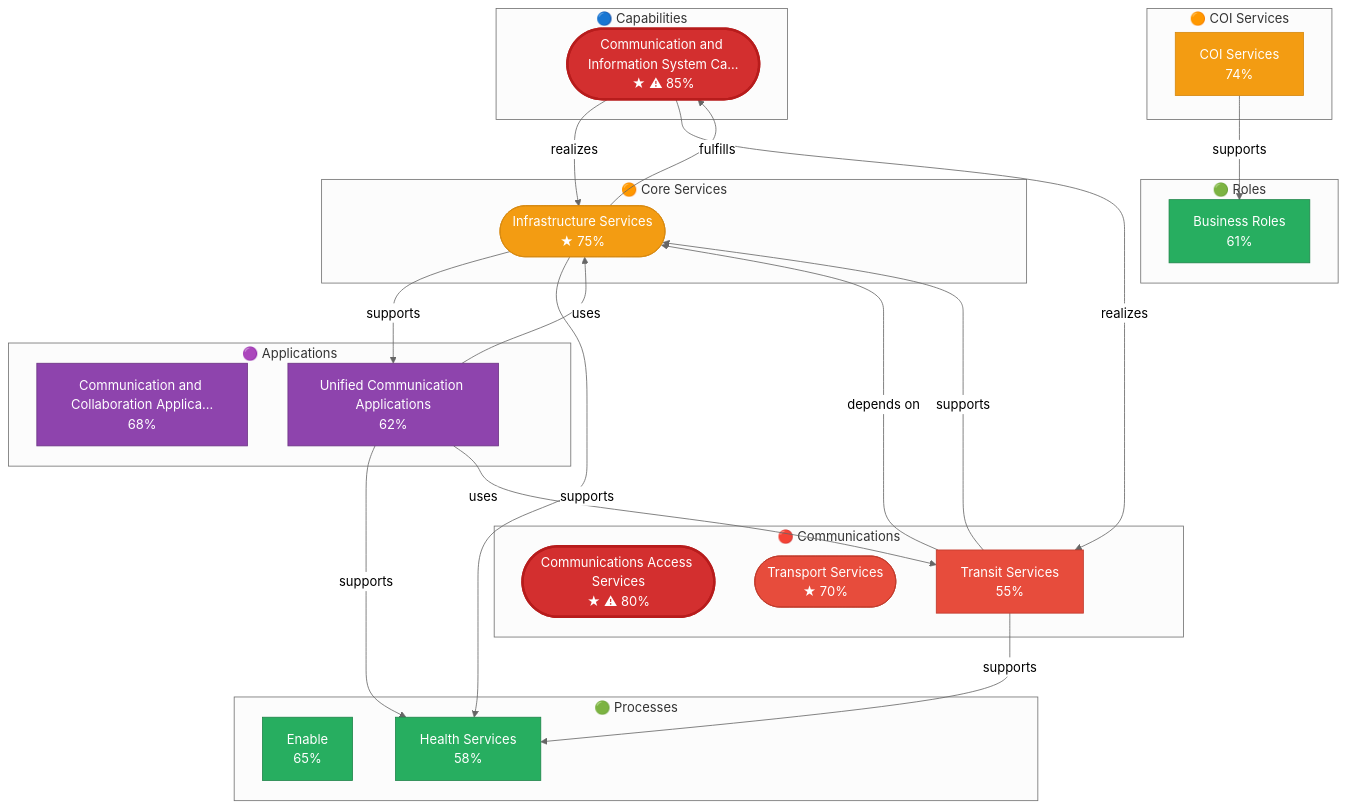
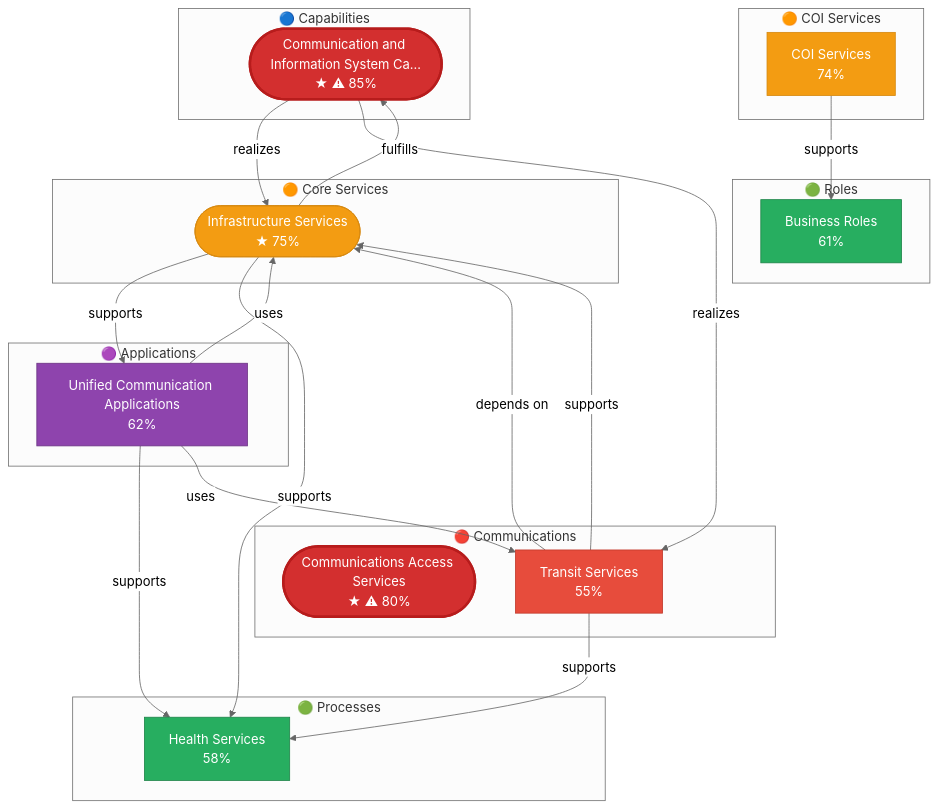
One commit to carstenartur/Taxonomy changed the second of 2 diagrams in README.md. Above: the diagram before and after it, drawn with Mermaid (neutral theme). The commit also changed other lines of this file and 15 other files, not shown here.

Commit message:
Fix orphan Enable node in LeafOnly diagrams; add diagram.policy preference (#309)

````diff
--- a/README.md
+++ b/README.md
@@ -63,61 +63,55 @@
 ```mermaid
 flowchart TD
     subgraph Capabilities["🔵 Capabilities"]
         CP_1023(["Communication and Information System Ca…<br/>★ ⚠ 85%"])
     end
-    subgraph Business_Processes["🟢 Processes"]
-        BP_1327["Enable<br/>65%"]
-        BP_1490["Health Services<br/>58%"]
-    end
     subgraph Business_Roles["🟢 Roles"]
         BR["Business Roles<br/>61%"]
+    end
+    subgraph Business_Processes["🟢 Processes"]
+        BP_1490["Health Services<br/>58%"]
     end
     subgraph Core_Services["🟠 Core Services"]
         CR_1047(["Infrastructure Services<br/>★ 75%"])
     end
     subgraph COI_Services["🟠 COI Services"]
         CI["COI Services<br/>74%"]
     end
     subgraph User_Applications["🟣 Applications"]
-        UA_1179["Communication and Collaboration Applica…<br/>68%"]
         UA_1574["Unified Communication Applications<br/>62%"]
     end
     subgraph Communications_Services["🔴 Communications"]
         CO_1011(["Communications Access Services<br/>★ ⚠ 80%"])
-        CO_1063(["Transport Services<br/>★ 70%"])
         CO_1050["Transit Services<br/>55%"]
     end
     CP_1023 -->|realizes| CR_1047
     CR_1047 -->|fulfills| CP_1023
     CR_1047 -->|supports| UA_1574
     UA_1574 -->|uses| CR_1047
     CR_1047 -->|supports| BP_1490
     UA_1574 -->|supports| BP_1490
     CP_1023 -->|realizes| CO_1050
     CO_1050 -->|supports| BP_1490
     CO_1050 -->|depends on| CR_1047
     CO_1050 -->|supports| CR_1047
     UA_1574 -->|uses| CO_1050
     CI -->|supports| BR
     classDef cap fill:#4A90D9,color:#fff,stroke:#2171B5
     classDef proc fill:#27AE60,color:#fff,stroke:#1E8449
     classDef role fill:#27AE60,color:#fff,stroke:#1E8449
     classDef svc fill:#F39C12,color:#fff,stroke:#D68910
     classDef app fill:#8E44AD,color:#fff,stroke:#6C3483
     classDef info fill:#3498DB,color:#fff,stroke:#2980B9
     classDef comm fill:#E74C3C,color:#fff,stroke:#C0392B
     classDef hotspot fill:#D32F2F,color:#fff,stroke:#B71C1C,stroke-width:3px
     class CP_1023 cap
     class CP_1023 hotspot
-    class BP_1327 proc
+    class BR role
     class BP_1490 proc
-    class BR role
     class CR_1047 svc
     class CI svc
-    class UA_1179 app
     class UA_1574 app
     class CO_1011 comm
     class CO_1011 hotspot
-    class CO_1063 comm
     class CO_1050 comm
 ```
````
